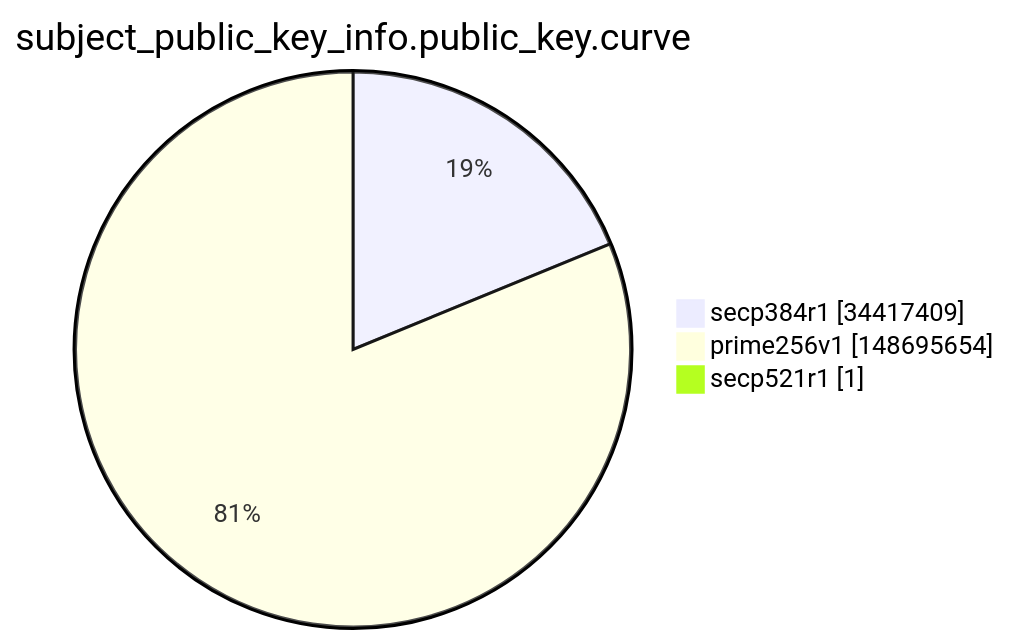
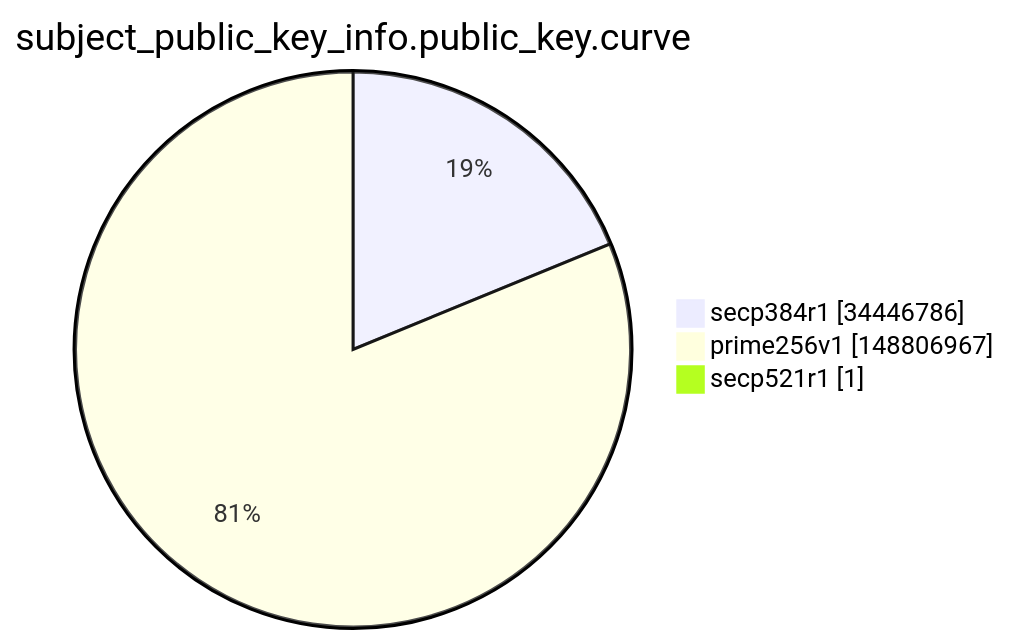
Before and after one commit to christiankrug/ctmonitor_visualization: the ninth of 15 diagrams in argon2022/README.md, drawn with Mermaid. The commit also changed other lines of this file, not shown here.

````diff
--- a/argon2022/README.md
+++ b/argon2022/README.md
@@ -2764,7 +2764,7 @@
 ```mermaid
 pie showData
 title subject_public_key_info.public_key.curve
-"secp384r1" :34417409
-"prime256v1" :148695654
+"secp384r1" :34446786
+"prime256v1" :148806967
 "secp521r1" :1
 ```
````
